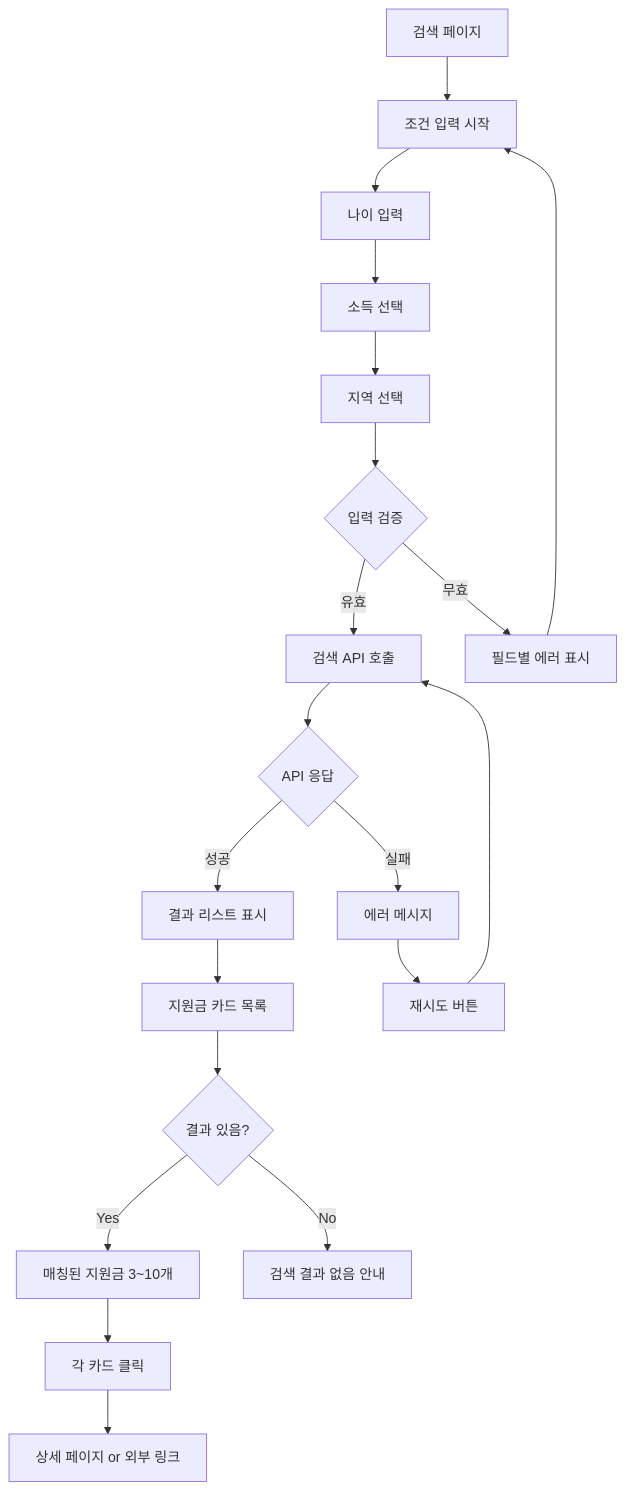
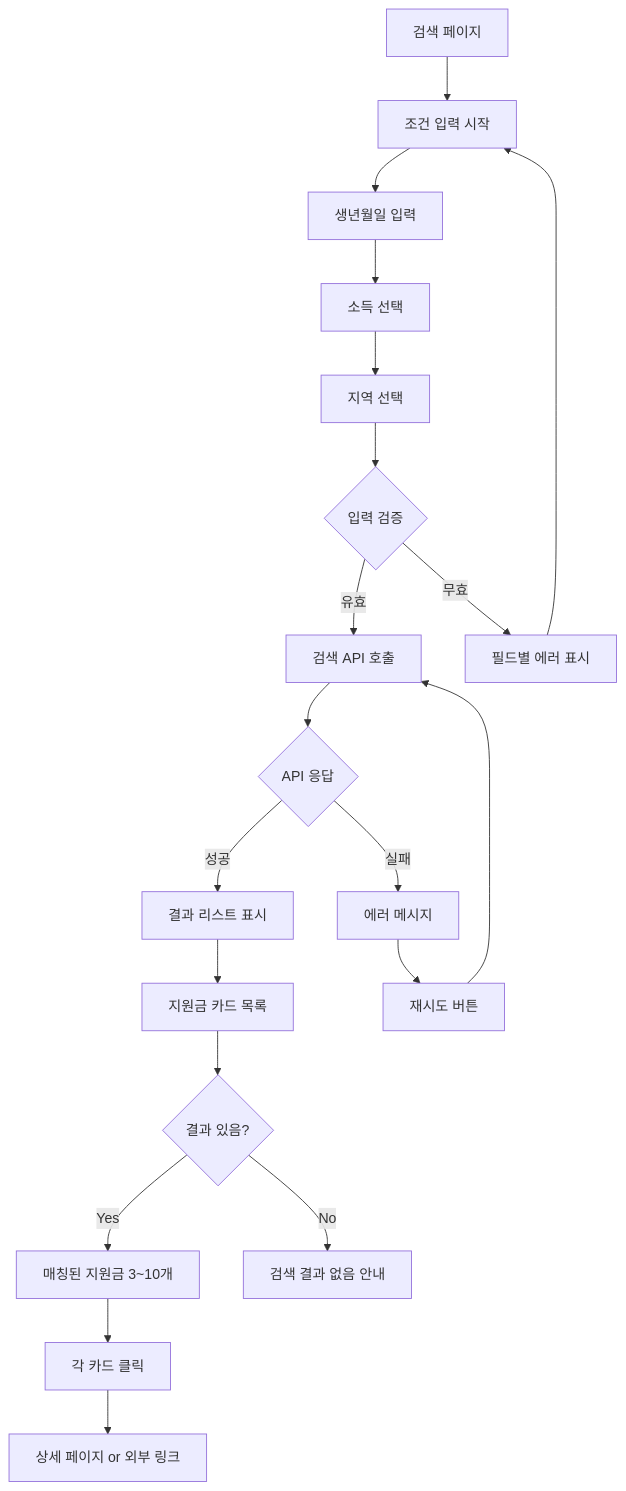
The third of 6 diagrams in docs/planning/03-user-flow.md (sseok-lee/alimi), drawn with Mermaid before and after one commit. The commit also changed other lines of this file and 2 other files, not shown here.

First line of the commit message:
docs: 생년월일 입력 방식 변경 반영 및 태스크 업데이트

````diff
--- a/docs/planning/03-user-flow.md
+++ b/docs/planning/03-user-flow.md
@@ -63,27 +63,27 @@
 ```mermaid
 graph TD
     A[검색 페이지] --> B[조건 입력 시작]
-    B --> C[나이 입력]
+    B --> C[생년월일 입력]
     C --> D[소득 선택]
     D --> E[지역 선택]
 
     E --> F{입력 검증}
     F -->|유효| G[검색 API 호출]
     F -->|무효| H[필드별 에러 표시]
     H --> B
 
     G --> I{API 응답}
     I -->|성공| J[결과 리스트 표시]
     I -->|실패| K[에러 메시지]
 
     J --> L[지원금 카드 목록]
     L --> M{결과 있음?}
     M -->|Yes| N[매칭된 지원금 3~10개]
     M -->|No| O[검색 결과 없음 안내]
 
     N --> P[각 카드 클릭]
     P --> Q[상세 페이지 or 외부 링크]
 
     K --> R[재시도 버튼]
     R --> G
 ```
````
